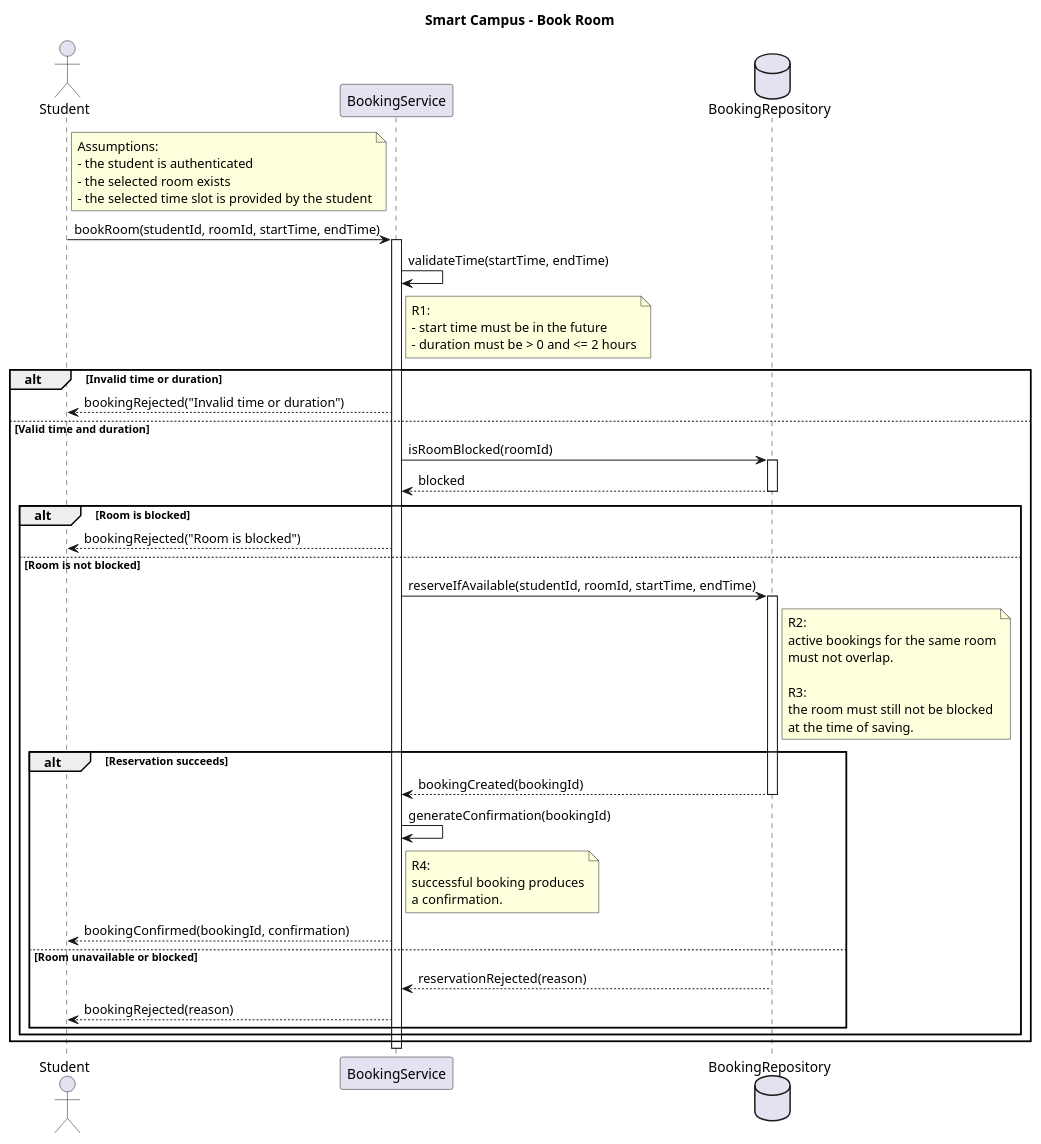
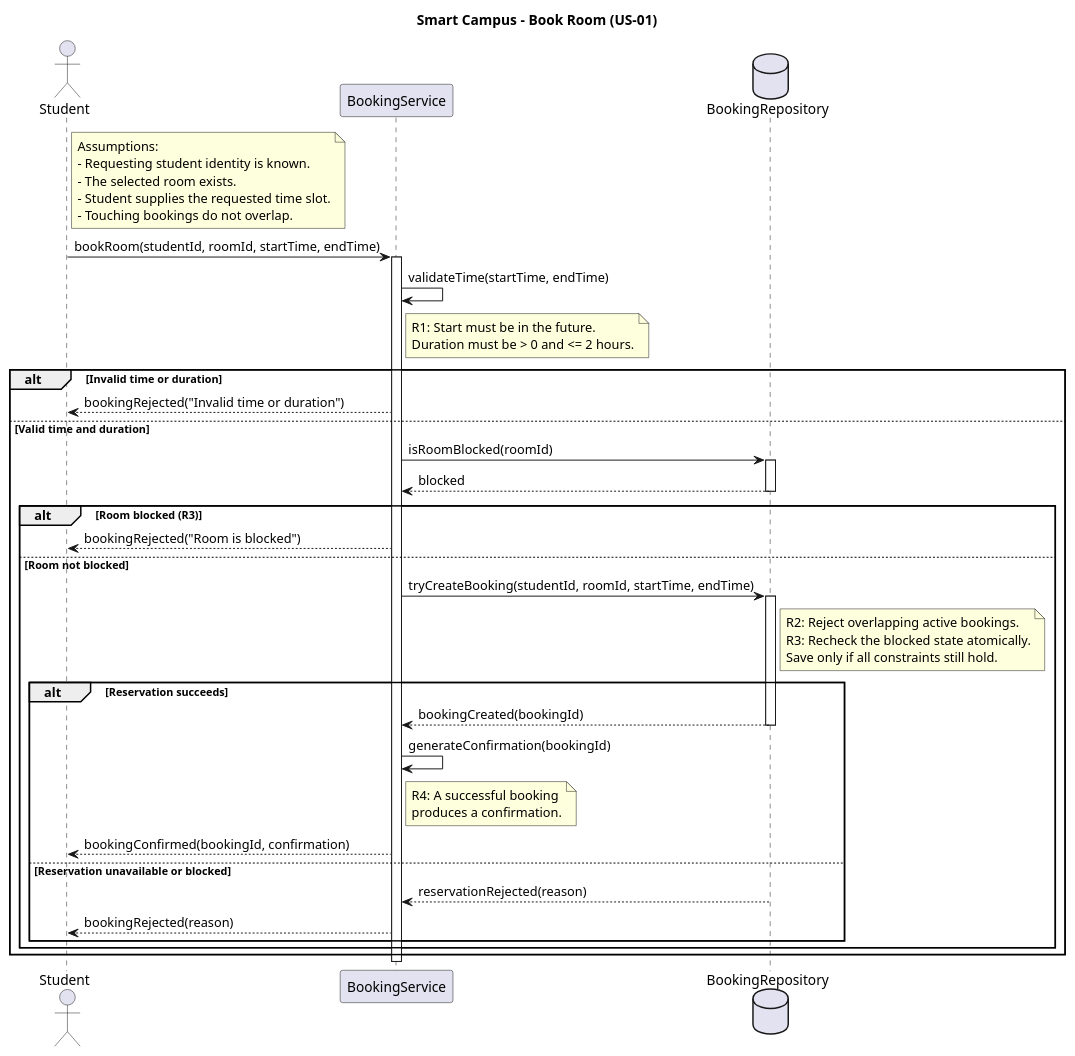
One commit to Nurkozha0607/se-practice changed the diagram in week-04/models/sequence.puml. Above: the diagram before and after it, drawn with PlantUML. The commit also changed other lines of this file and 11 other files, not shown here.

Commit message:
week-04: complete UML modeling lab

```diff
--- a/week-04/models/sequence.puml
+++ b/week-04/models/sequence.puml
@@ -1,70 +2,70 @@
 @startuml
-title Smart Campus - Book Room
+title Smart Campus - Book Room (US-01)
 
 actor Student
 participant BookingService
 database BookingRepository
 
 note right of Student
 Assumptions:
-- the student is authenticated
-- the selected room exists
-- the selected time slot is provided by the student
+- Requesting student identity is known.
+- The selected room exists.
+- Student supplies the requested time slot.
+- Touching bookings do not overlap.
 end note
 
 Student -> BookingService : bookRoom(studentId, roomId, startTime, endTime)
 activate BookingService
 
 BookingService -> BookingService : validateTime(startTime, endTime)
+
 note right of BookingService
-R1:
-- start time must be in the future
-- duration must be > 0 and <= 2 hours
+R1: Start must be in the future.
+Duration must be > 0 and <= 2 hours.
 end note
 
 alt Invalid time or duration
     BookingService --> Student : bookingRejected("Invalid time or duration")
 else Valid time and duration
+
     BookingService -> BookingRepository : isRoomBlocked(roomId)
     activate BookingRepository
     BookingRepository --> BookingService : blocked
     deactivate BookingRepository
 
-    alt Room is blocked
+    alt Room blocked (R3)
         BookingService --> Student : bookingRejected("Room is blocked")
-    else Room is not blocked
-        BookingService -> BookingRepository : reserveIfAvailable(studentId, roomId, startTime, endTime)
+    else Room not blocked
+
+        BookingService -> BookingRepository : tryCreateBooking(studentId, roomId, startTime, endTime)
         activate BookingRepository
 
         note right of BookingRepository
-        R2:
-        active bookings for the same room
-        must not overlap.
-
-        R3:
-        the room must still not be blocked
-        at the time of saving.
+        R2: Reject overlapping active bookings.
+        R3: Recheck the blocked state atomically.
+        Save only if all constraints still hold.
         end note
 
         alt Reservation succeeds
             BookingRepository --> BookingService : bookingCreated(bookingId)
             deactivate BookingRepository
 
             BookingService -> BookingService : generateConfirmation(bookingId)
+
             note right of BookingService
-            R4:
-            successful booking produces
-            a confirmation.
+            R4: A successful booking
+            produces a confirmation.
             end note
 
             BookingService --> Student : bookingConfirmed(bookingId, confirmation)
-        else Room unavailable or blocked
+
+        else Reservation unavailable or blocked
             BookingRepository --> BookingService : reservationRejected(reason)
             deactivate BookingRepository
             BookingService --> Student : bookingRejected(reason)
         end
     end
 end
 
 deactivate BookingService
 @enduml
```
